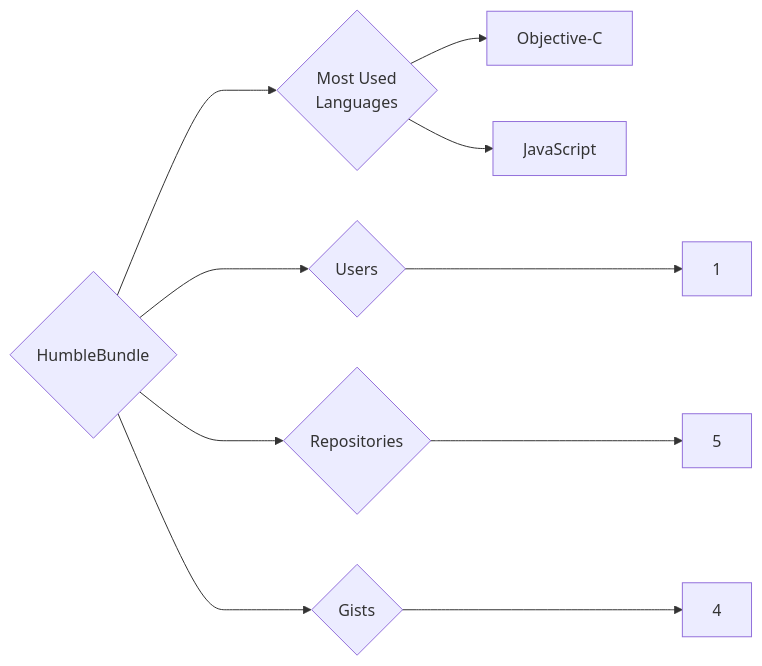
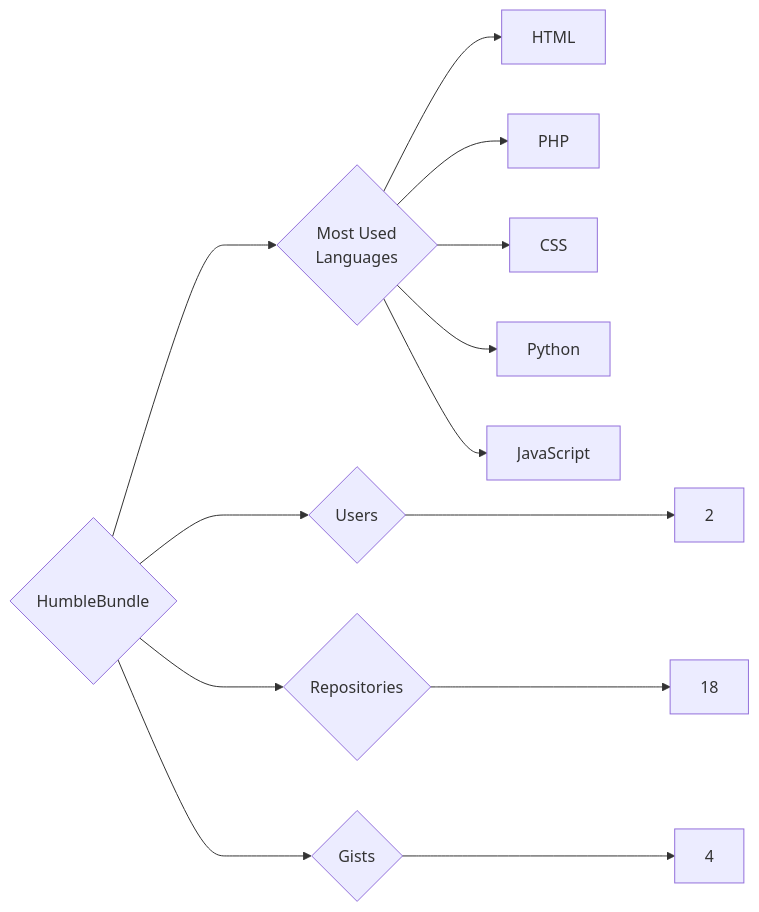
One commit to trickest/insiders changed the diagram in targets/HumbleBundle/README.md. Above: the diagram before and after it, drawn with Mermaid. The commit also changed 938 other files, not shown here.

````diff
--- a/targets/HumbleBundle/README.md
+++ b/targets/HumbleBundle/README.md
@@ -3,10 +3,13 @@
 ```mermaid
 graph LR
 COMPANY_NAME{HumbleBundle}
-COMPANY_NAME ---> U{Users} ---> UN[1]
-COMPANY_NAME ---> R{Repositories} ---> RN[5]
+COMPANY_NAME ---> U{Users} ---> UN[2]
+COMPANY_NAME ---> R{Repositories} ---> RN[18]
 COMPANY_NAME ---> G{Gists} ---> GN[4]
 COMPANY_NAME ---> ML{Most Used<br>Languages}
-ML --> Objective-C[Objective-C]
+ML --> HTML[HTML]
+ML --> PHP[PHP]
+ML --> CSS[CSS]
+ML --> Python[Python]
 ML --> JavaScript[JavaScript]
 ```
````
